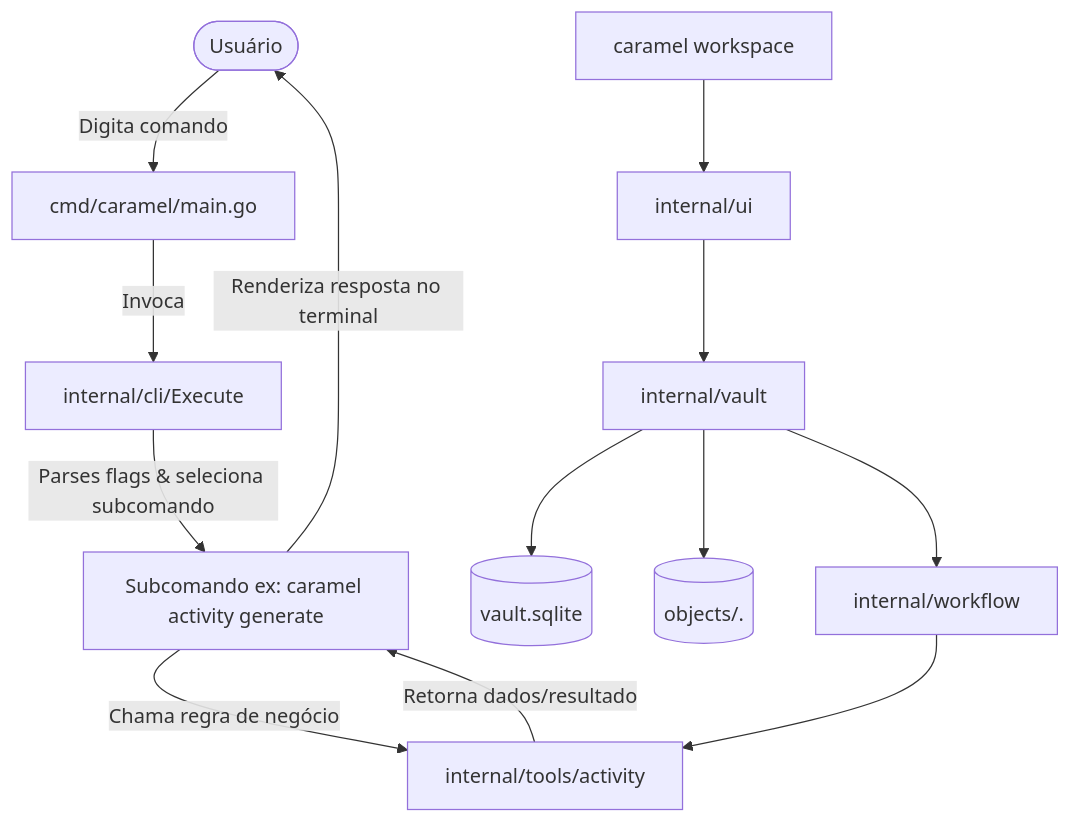
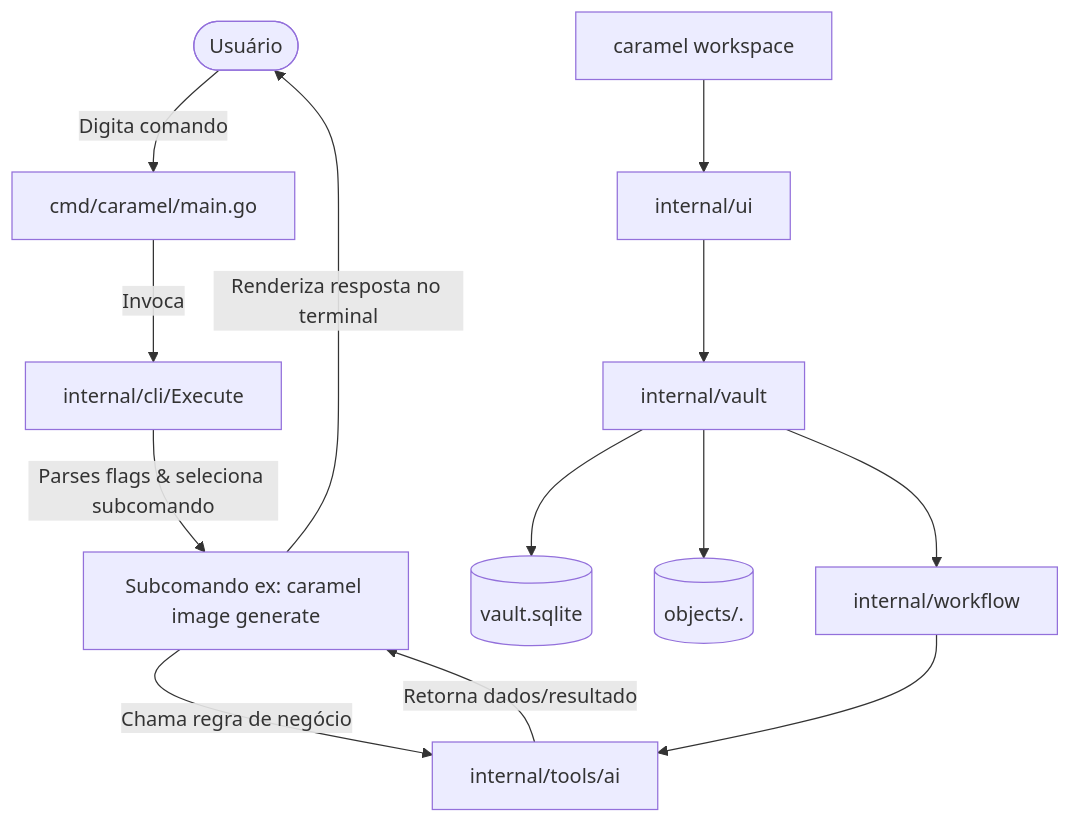
One commit to Wather17/Caramel changed the diagram in docs/ARCHITECTURE.md. Above: the diagram before and after it, drawn with Mermaid. The commit also changed 2 other files, not shown here.

Commit message:
docs(cli): alinhar políticas à árvore de comandos

````diff
--- a/docs/ARCHITECTURE.md
+++ b/docs/ARCHITECTURE.md
@@ -84,16 +84,16 @@
 ```mermaid
 graph TD
     User([Usuário]) -->|Digita comando| Main[cmd/caramel/main.go]
     Main -->|Invoca| CLI[internal/cli/Execute]
-    CLI -->|Parses flags & seleciona subcomando| Command[Subcomando ex: caramel activity generate]
-    Command -->|Chama regra de negócio| Tools[internal/tools/activity]
+    CLI -->|Parses flags & seleciona subcomando| Command[Subcomando ex: caramel image generate]
+    Command -->|Chama regra de negócio| Tools[internal/tools/ai]
     Tools -->|Retorna dados/resultado| Command
     Command -->|Renderiza resposta no terminal| User
 
     Workspace[caramel workspace] --> UI[internal/ui]
     UI --> Vault[internal/vault]
     Vault --> SQLite[(vault.sqlite)]
     Vault --> Objects[(objects/<hash>.<ext>)]
     Vault --> Workflow[internal/workflow]
     Workflow --> Tools
 ```
````
